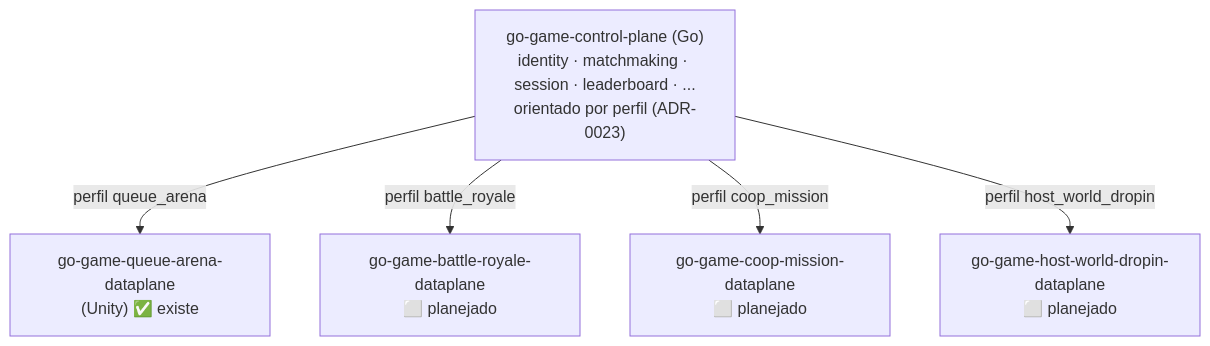
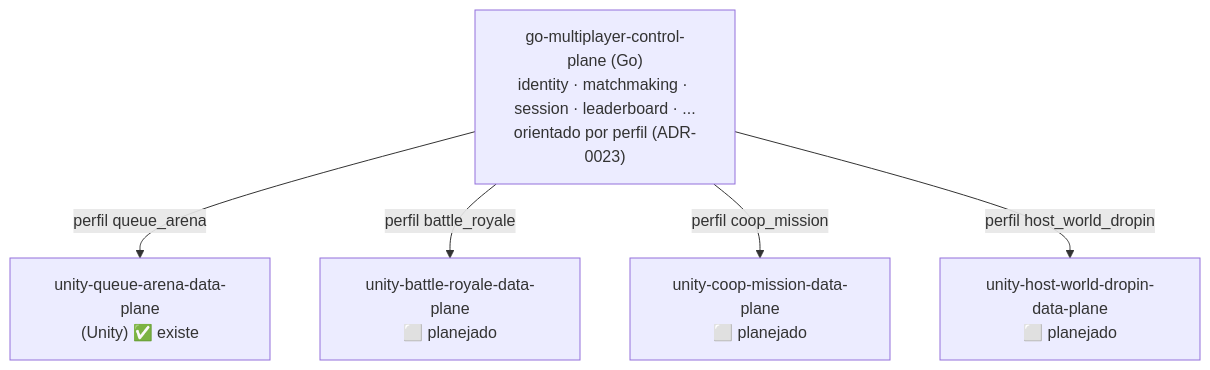
One commit to vitormartins1/go-multiplayer-control-plane changed the diagram in docs/REPO-TOPOLOGY.md. Above: the diagram before and after it, drawn with Mermaid. The commit also changed other lines of this file and 12 other files, not shown here.

````diff
--- a/docs/REPO-TOPOLOGY.md
+++ b/docs/REPO-TOPOLOGY.md
@@ -35,12 +35,12 @@
 ```mermaid
 flowchart TB
-  CP["go-game-control-plane (Go)<br/>identity · matchmaking · session · leaderboard · ...<br/>orientado por perfil (ADR-0023)"]
-  QA["go-game-queue-arena-dataplane<br/>(Unity) ✅ existe"]
-  BR["go-game-battle-royale-dataplane<br/>⬜ planejado"]
-  CM["go-game-coop-mission-dataplane<br/>⬜ planejado"]
-  HW["go-game-host-world-dropin-dataplane<br/>⬜ planejado"]
+  CP["go-multiplayer-control-plane (Go)<br/>identity · matchmaking · session · leaderboard · ...<br/>orientado por perfil (ADR-0023)"]
+  QA["unity-queue-arena-data-plane<br/>(Unity) ✅ existe"]
+  BR["unity-battle-royale-data-plane<br/>⬜ planejado"]
+  CM["unity-coop-mission-data-plane<br/>⬜ planejado"]
+  HW["unity-host-world-dropin-data-plane<br/>⬜ planejado"]
   CP -- "perfil queue_arena" --> QA
   CP -- "perfil battle_royale" --> BR
   CP -- "perfil coop_mission" --> CM
   CP -- "perfil host_world_dropin" --> HW
 ```
````
